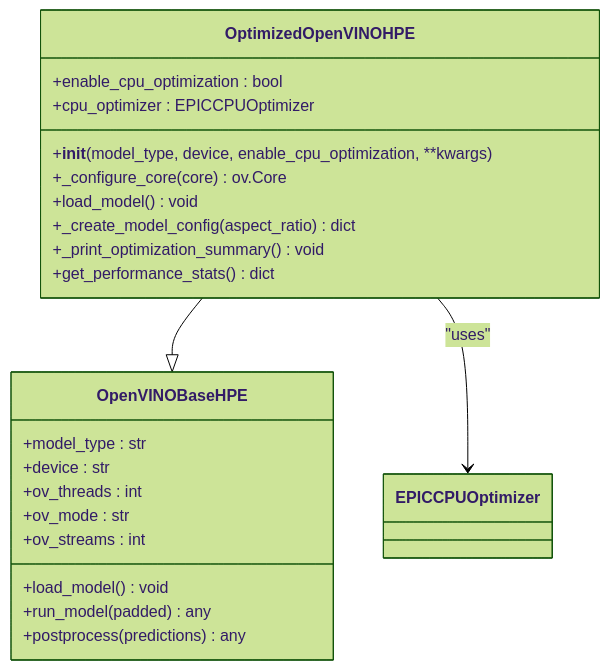
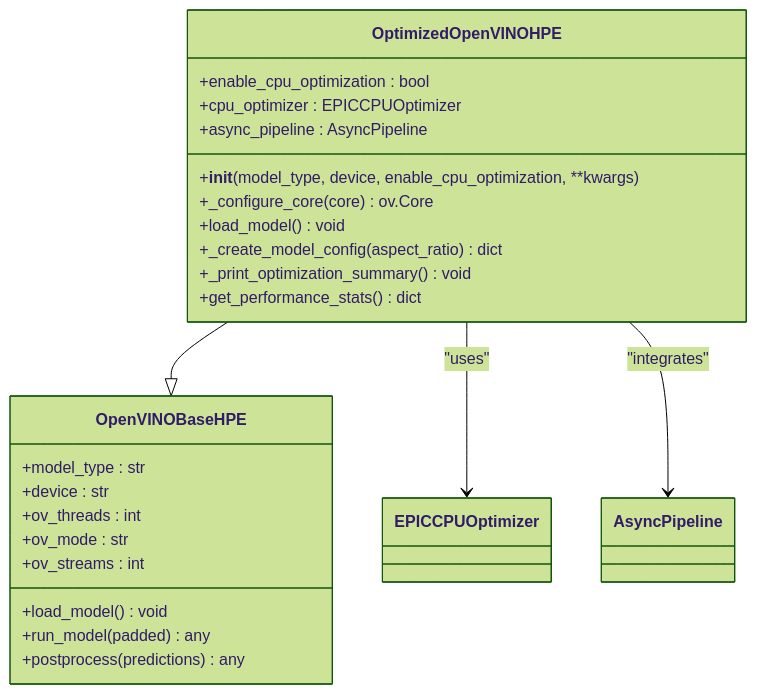
The fifth of 10 diagrams in .qoder/repowiki/en/content/Performance Optimization/Model Optimization.md (Fogus-Gr/MeasurementsDTs), drawn with Mermaid (forest theme) before and after one commit. The commit also changed other lines of this file and 14 other files, not shown here.

````diff
--- a/.qoder/repowiki/en/content/Performance Optimization/Model Optimization.md
+++ b/.qoder/repowiki/en/content/Performance Optimization/Model Optimization.md
@@ -216,25 +291,27 @@
 ```mermaid
 classDiagram
 class OptimizedOpenVINOHPE {
 +enable_cpu_optimization : bool
 +cpu_optimizer : EPICCPUOptimizer
++async_pipeline : AsyncPipeline
 +__init__(model_type, device, enable_cpu_optimization, **kwargs)
 +_configure_core(core) ov.Core
 +load_model() void
 +_create_model_config(aspect_ratio) dict
 +_print_optimization_summary() void
 +get_performance_stats() dict
 }
 class OpenVINOBaseHPE {
 +model_type : str
 +device : str
 +ov_threads : int
 +ov_mode : str
 +ov_streams : int
 +load_model() void
 +run_model(padded) any
 +postprocess(predictions) any
 }
 OptimizedOpenVINOHPE --|> OpenVINOBaseHPE
 OptimizedOpenVINOHPE --> EPICCPUOptimizer : "uses"
+OptimizedOpenVINOHPE --> AsyncPipeline : "integrates"
 ```
````
